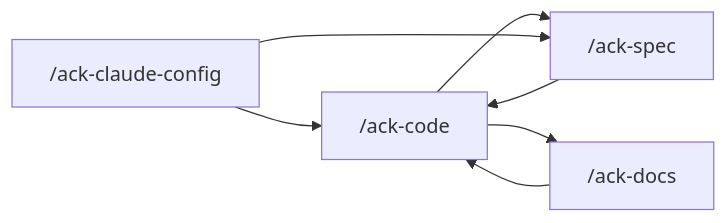
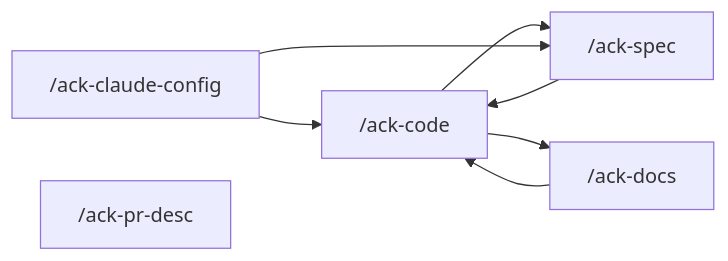
One commit to andrechristikan/ack-nestjs-boilerplate changed the diagram in .claude/CLAUDE.md. Above: the diagram before and after it, drawn with Mermaid. The commit also changed other lines of this file and 9 other files, not shown here.

Commit message:
chore: Add ack-pr-desc for public PR and version descriptions

````diff
--- a/.claude/CLAUDE.md
+++ b/.claude/CLAUDE.md
@@ -121,9 +122,10 @@
 ```mermaid
 flowchart LR
   code["/ack-code"] --> docs["/ack-docs"]
   code --> spec["/ack-spec"]
   spec --> code
   docs --> code
   config["/ack-claude-config"] --> spec
   config --> code
+  prdesc["/ack-pr-desc"]
 ```
````
